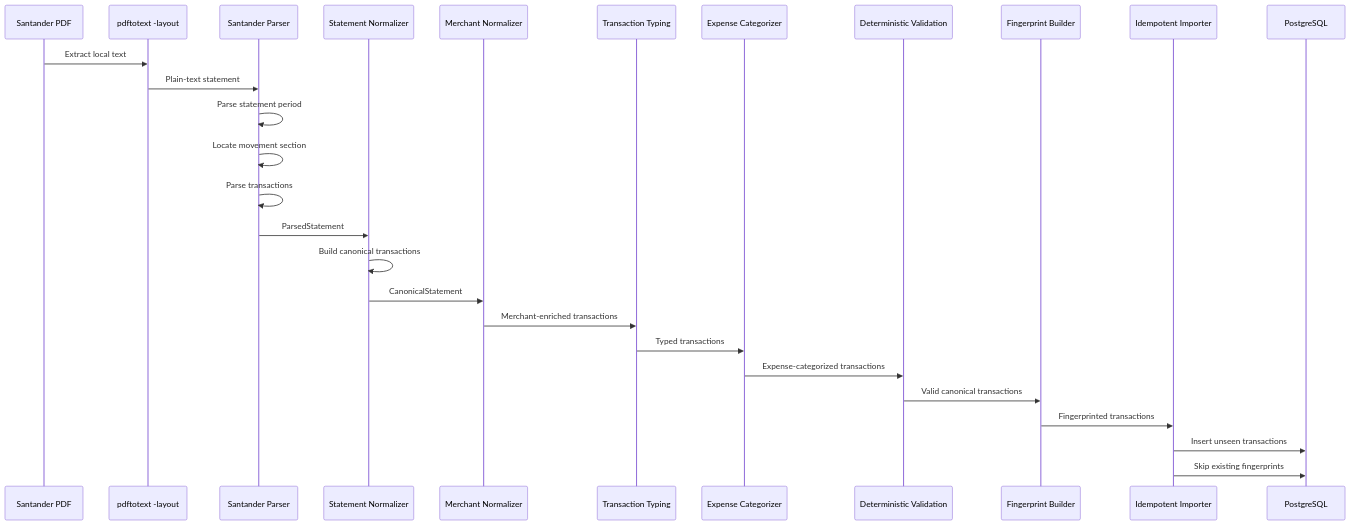
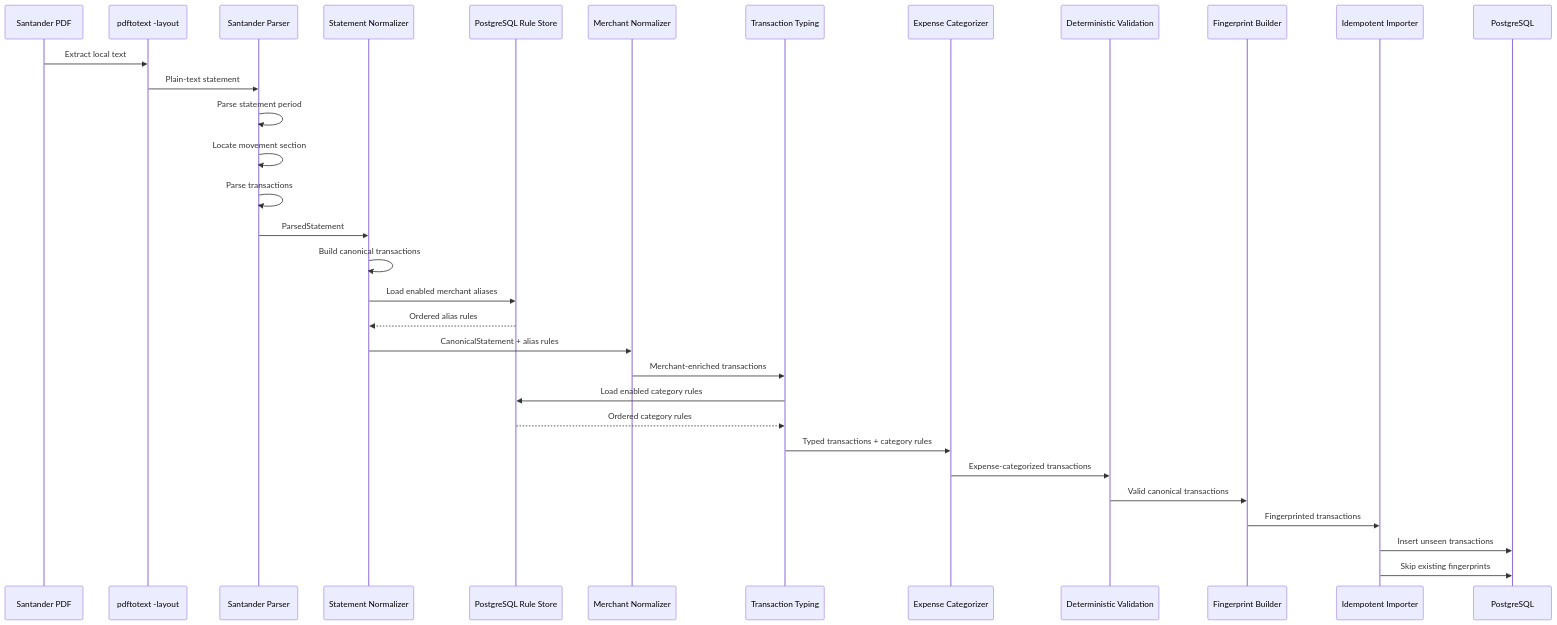
One commit to daniel-carneiro-nascimento/sherlock-home changed the sixth of 6 diagrams in docs/architecture.md. Above: the diagram before and after it, drawn with Mermaid. The commit also changed other lines of this file and 11 other files, not shown here.

````diff
--- a/docs/architecture.md
+++ b/docs/architecture.md
@@ -895,31 +897,36 @@
 ```mermaid
 sequenceDiagram
 
     participant PDF as Santander PDF
     participant Extract as pdftotext -layout
     participant Parser as Santander Parser
     participant Normalize as Statement Normalizer
+    participant Rules as PostgreSQL Rule Store
     participant Merchant as Merchant Normalizer
     participant Type as Transaction Typing
     participant Category as Expense Categorizer
     participant Validate as Deterministic Validation
     participant FP as Fingerprint Builder
     participant Import as Idempotent Importer
     participant DB as PostgreSQL
 
     PDF->>Extract: Extract local text
     Extract->>Parser: Plain-text statement
     Parser->>Parser: Parse statement period
     Parser->>Parser: Locate movement section
     Parser->>Parser: Parse transactions
     Parser->>Normalize: ParsedStatement
     Normalize->>Normalize: Build canonical transactions
-    Normalize->>Merchant: CanonicalStatement
+    Normalize->>Rules: Load enabled merchant aliases
+    Rules-->>Normalize: Ordered alias rules
+    Normalize->>Merchant: CanonicalStatement + alias rules
     Merchant->>Type: Merchant-enriched transactions
-    Type->>Category: Typed transactions
+    Type->>Rules: Load enabled category rules
+    Rules-->>Type: Ordered category rules
+    Type->>Category: Typed transactions + category rules
     Category->>Validate: Expense-categorized transactions
     Validate->>FP: Valid canonical transactions
     FP->>Import: Fingerprinted transactions
     Import->>DB: Insert unseen transactions
     Import->>DB: Skip existing fingerprints
 ```
````
